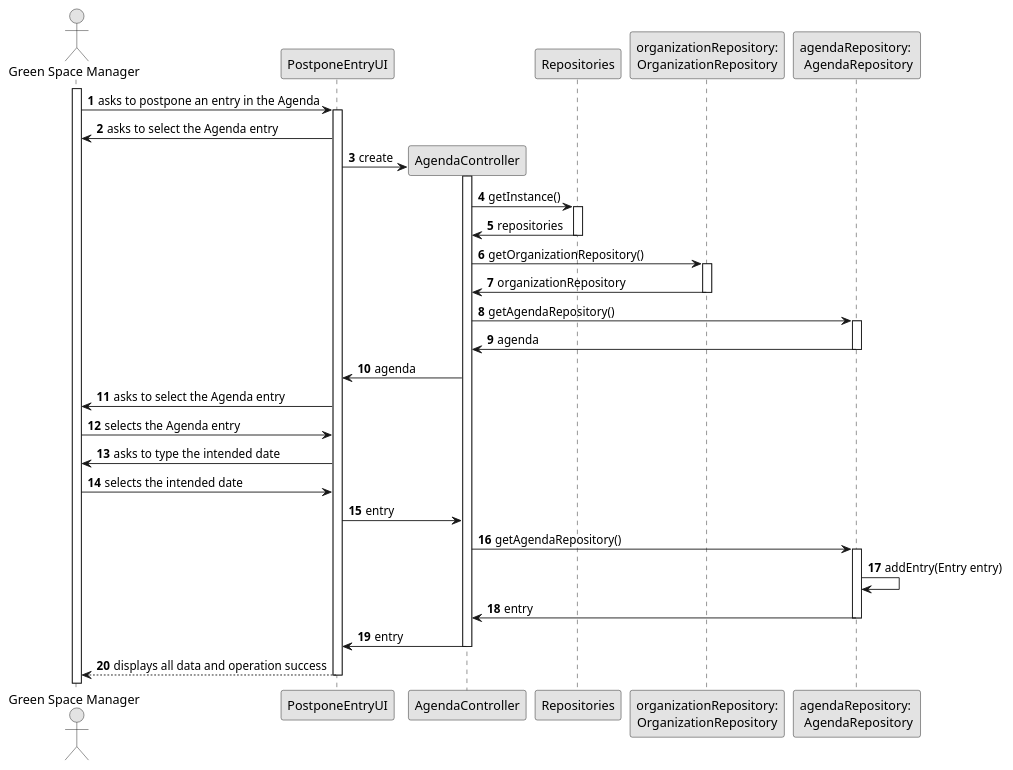
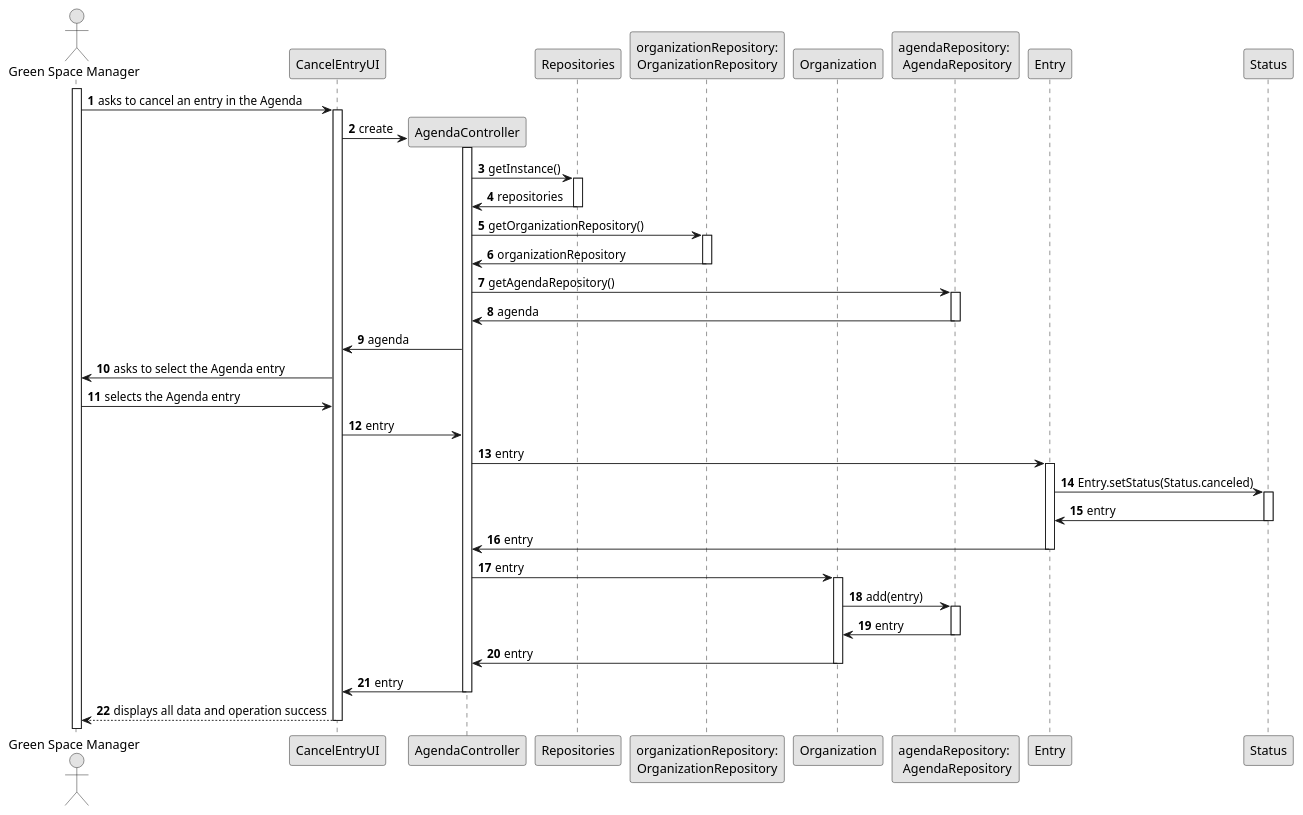
One commit to Departamento-de-Engenharia-Informatica/lei-24-s2-1df-1de-g063 changed the diagram in docs/SprintC/us025/03.design/puml/us025-sequence-diagram-full.puml. Above: the diagram before and after it, drawn with PlantUML. The commit also changed 7 other files, not shown here.

```diff
--- a/docs/SprintC/us025/03.design/puml/us025-sequence-diagram-full.puml
+++ b/docs/SprintC/us025/03.design/puml/us025-sequence-diagram-full.puml
@@ -1,72 +1,95 @@
 @startuml
 skinparam monochrome true
 skinparam packageStyle rectangle
 skinparam shadowing false
 
 autonumber
 
 'hide footbox
 actor "Green Space Manager" as GSM
-participant "PostponeEntryUI" as UI
+participant "CancelEntryUI" as UI
 participant "AgendaController" as CTRL
 participant "Repositories" as Rep
 participant "organizationRepository:\nOrganizationRepository" as organizationRepository
+participant "Organization" as or
 participant "agendaRepository: \n AgendaRepository" as Agenda
+participant "Entry" as Entry
+participant "Status" as Status
 
 activate GSM
 
-     GSM -> UI : asks to postpone an entry in the Agenda
+         GSM -> UI : asks to cancel an entry in the Agenda
 
      activate UI
 
-            UI -> GSM : asks to select the Agenda entry
-            UI -> CTRL** : create
+        UI -> CTRL** : create
 
      activate CTRL
+
             CTRL -> Rep : getInstance()
+
      activate Rep
 
                       Rep -> CTRL : repositories
 
                deactivate Rep
 
                       CTRL -> organizationRepository : getOrganizationRepository()
 
                activate organizationRepository
 
                       organizationRepository -> CTRL : organizationRepository
 
                deactivate organizationRepository
 
                       CTRL -> Agenda : getAgendaRepository()
 
                activate Agenda
 
                       Agenda -> CTRL : agenda
 
                deactivate Agenda
 
                       CTRL -> UI : agenda
                       UI -> GSM : asks to select the Agenda entry
                       GSM -> UI : selects the Agenda entry
-                      UI -> GSM : asks to type the intended date
-                      GSM -> UI : selects the intended date
                       UI -> CTRL : entry
-                      CTRL -> Agenda : getAgendaRepository()
-               activate Agenda
+                      CTRL -> Entry : entry
+               activate "Entry"
 
-                      Agenda -> Agenda: addEntry(Entry entry)
+                      Entry -> "Status"  :  Entry.setStatus(Status.canceled)
 
-                 Agenda -> CTRL : entry
+                activate "Status"
 
-          deactivate Agenda
+                         "Status" -> Entry : entry
+
+                 deactivate "Status"
+
+                 Entry -> CTRL : entry
+
+          deactivate "Entry"
+
+
+                         CTRL -> or : entry
+          activate or
+
+                          or -> Agenda : add(entry)
+          activate Agenda
+
+                          Agenda -> or : entry
+
+            deactivate Agenda
+
+                          or -> CTRL : entry
+
+            deactivate or
 
                  CTRL -> UI : entry
 
           deactivate CTRL
 
           UI --> GSM : displays all data and operation success
 
           deactivate UI
 
 @enduml
```
